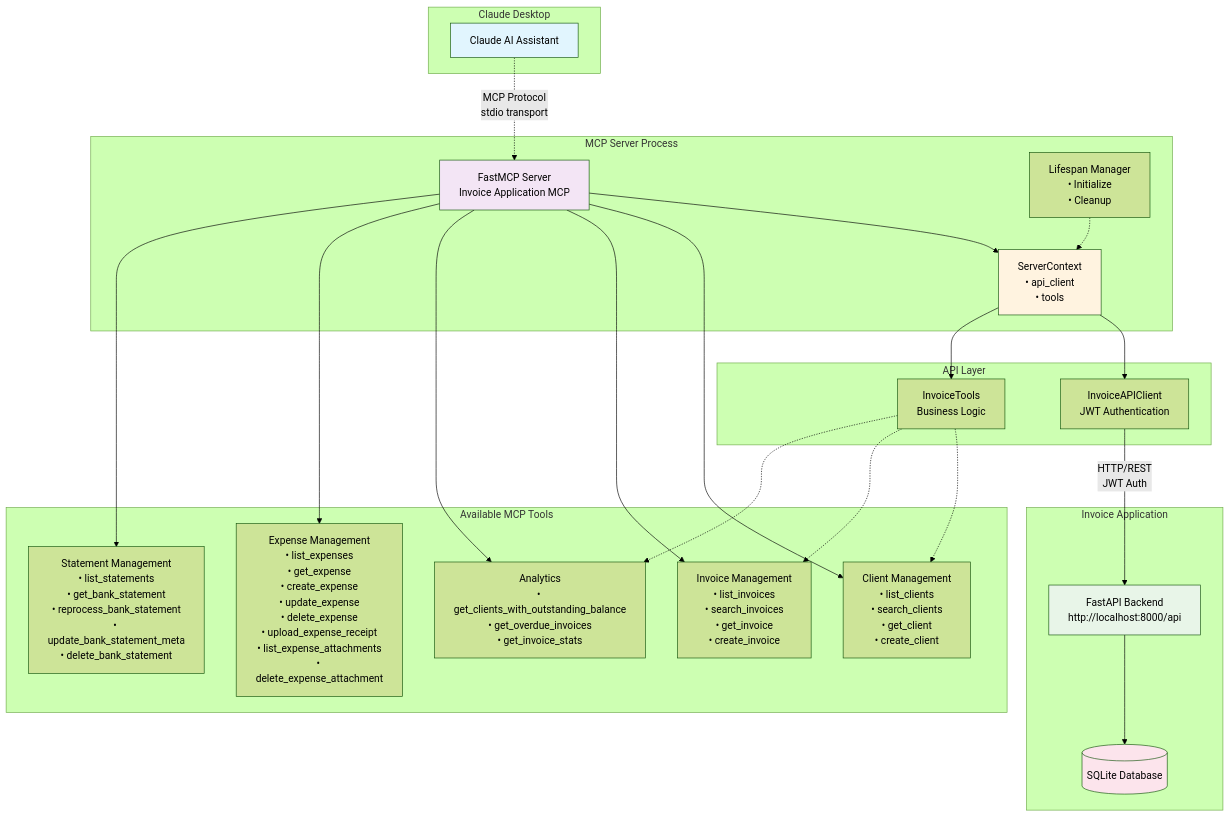
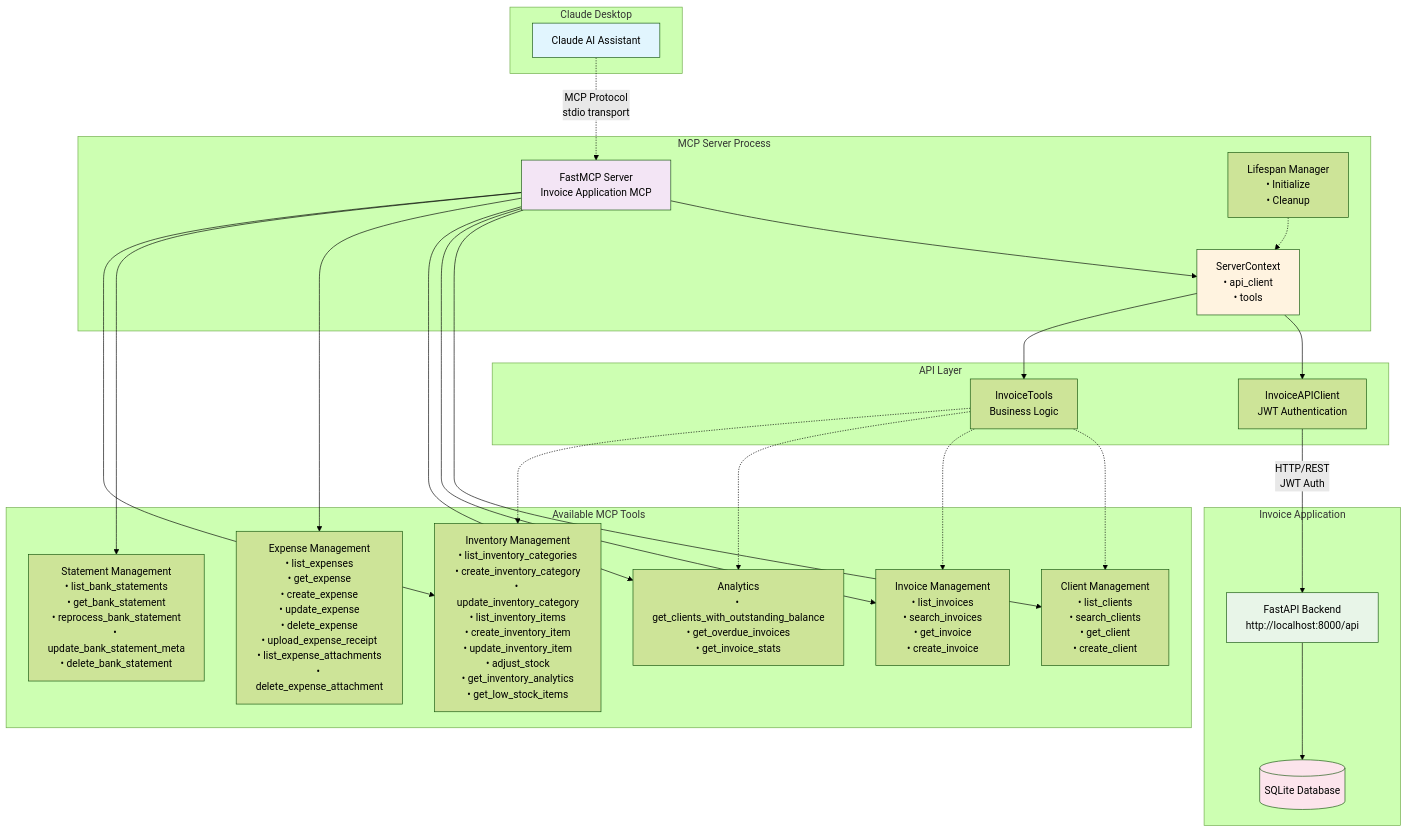
One commit to dnokafor/yourfinanceworks changed the first of 2 diagrams in api/MCP/README.md. Above: the diagram before and after it, drawn with Mermaid (forest theme). The commit also changed other lines of this file and 19 other files, not shown here.

First line of the commit message:
feat: Add comprehensive inventory management system with invoice integration

````diff
--- a/api/MCP/README.md
+++ b/api/MCP/README.md
@@ -9,55 +9,58 @@
 ```mermaid
 graph TB
     subgraph "Claude Desktop"
         CD[Claude AI Assistant]
     end
     
     subgraph "MCP Server Process"
         MCP[FastMCP Server<br/>Invoice Application MCP]
         SC[ServerContext<br/>• api_client<br/>• tools]
         LIFESPAN[Lifespan Manager<br/>• Initialize<br/>• Cleanup]
     end
     
     subgraph "API Layer"
         API[InvoiceAPIClient<br/>JWT Authentication]
         TOOLS[InvoiceTools<br/>Business Logic]
     end
     
     subgraph "Invoice Application"
         BACKEND[FastAPI Backend<br/>http://localhost:8000/api]
         DB[(SQLite Database)]
     end
     
     subgraph "Available MCP Tools"
         CLIENT_TOOLS["Client Management<br/>• list_clients<br/>• search_clients<br/>• get_client<br/>• create_client"]
         INVOICE_TOOLS["Invoice Management<br/>• list_invoices<br/>• search_invoices<br/>• get_invoice<br/>• create_invoice"]
         EXPENSE_TOOLS["Expense Management<br/>• list_expenses<br/>• get_expense<br/>• create_expense<br/>• update_expense<br/>• delete_expense<br/>• upload_expense_receipt<br/>• list_expense_attachments<br/>• delete_expense_attachment"]
-        BANK_TOOLS["Statement Management<br/>• list_statements<br/>• get_bank_statement<br/>• reprocess_bank_statement<br/>• update_bank_statement_meta<br/>• delete_bank_statement"]
+        BANK_TOOLS["Statement Management<br/>• list_bank_statements<br/>• get_bank_statement<br/>• reprocess_bank_statement<br/>• update_bank_statement_meta<br/>• delete_bank_statement"]
+        INVENTORY_TOOLS["Inventory Management<br/>• list_inventory_categories<br/>• create_inventory_category<br/>• update_inventory_category<br/>• list_inventory_items<br/>• create_inventory_item<br/>• update_inventory_item<br/>• adjust_stock<br/>• get_inventory_analytics<br/>• get_low_stock_items"]
         ANALYTICS["Analytics<br/>• get_clients_with_outstanding_balance<br/>• get_overdue_invoices<br/>• get_invoice_stats"]
     end
     
     CD -.->|"MCP Protocol<br/>stdio transport"| MCP
     MCP --> SC
     SC --> API
     SC --> TOOLS
     API -->|"HTTP/REST<br/>JWT Auth"| BACKEND
     BACKEND --> DB
     
     LIFESPAN -.-> SC
     
     MCP --> CLIENT_TOOLS
     MCP --> INVOICE_TOOLS
     MCP --> ANALYTICS
     MCP --> EXPENSE_TOOLS
     MCP --> BANK_TOOLS
-    
+    MCP --> INVENTORY_TOOLS
+
     TOOLS -.-> CLIENT_TOOLS
     TOOLS -.-> INVOICE_TOOLS
     TOOLS -.-> ANALYTICS
+    TOOLS -.-> INVENTORY_TOOLS
     
     style CD fill:#e1f5fe
     style MCP fill:#f3e5f5
     style SC fill:#fff3e0
     style BACKEND fill:#e8f5e8
     style DB fill:#fce4ec
 ```
````
